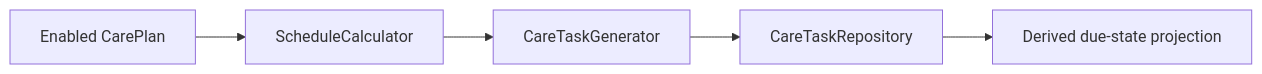
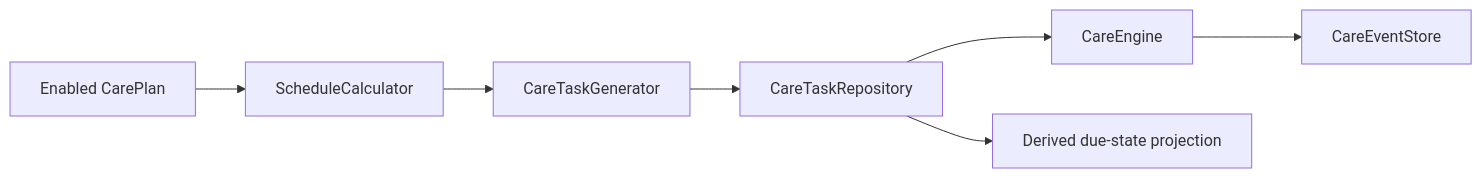
Before and after one commit to NolanBecker/ha-reptilecare: the diagram in docs/CARE_TASKS.md, drawn with Mermaid. The commit also changed other lines of this file and 25 other files, not shown here.

Commit message:
Implement CareEngine execution loop

````diff
--- a/docs/CARE_TASKS.md
+++ b/docs/CARE_TASKS.md
@@ -24,13 +26,17 @@
 ```mermaid
 flowchart LR
     Plan[Enabled CarePlan]
     Schedule[ScheduleCalculator]
     Generator[CareTaskGenerator]
     Repo[CareTaskRepository]
+    Engine[CareEngine]
     Projection[Derived due-state projection]
+    Events[CareEventStore]
 
     Plan --> Schedule
     Schedule --> Generator
     Generator --> Repo
     Repo --> Projection
+    Repo --> Engine
+    Engine --> Events
 ```
````
